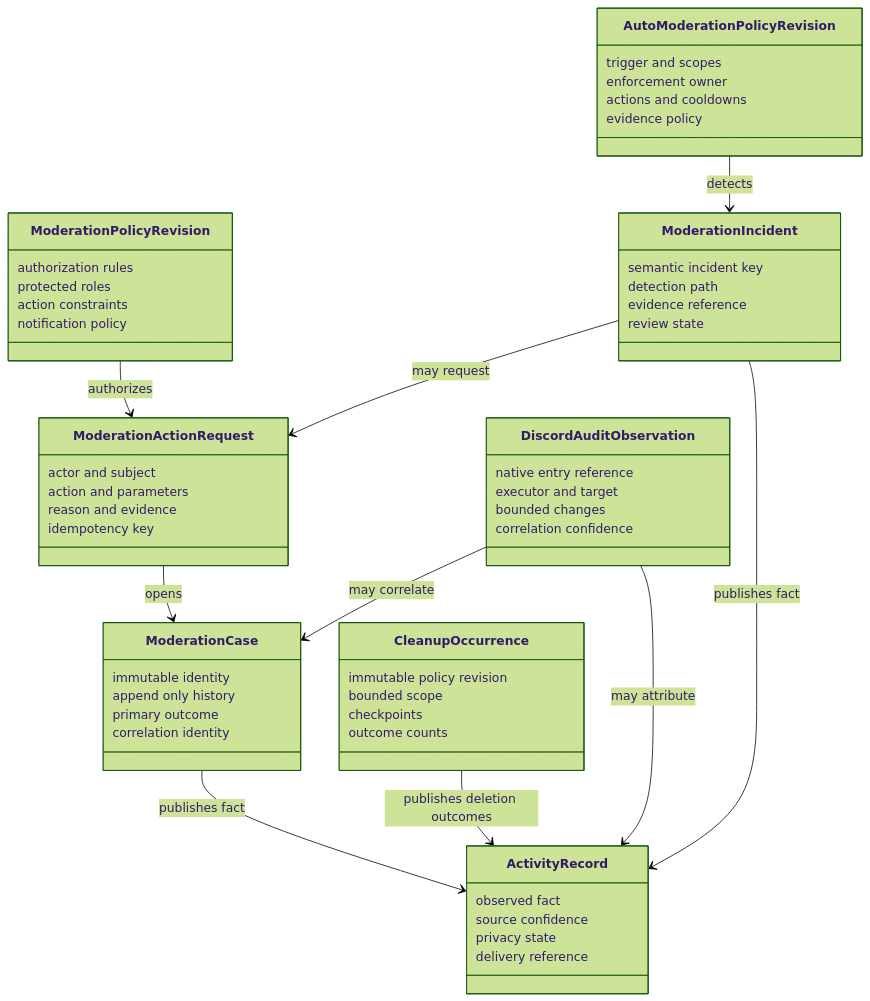
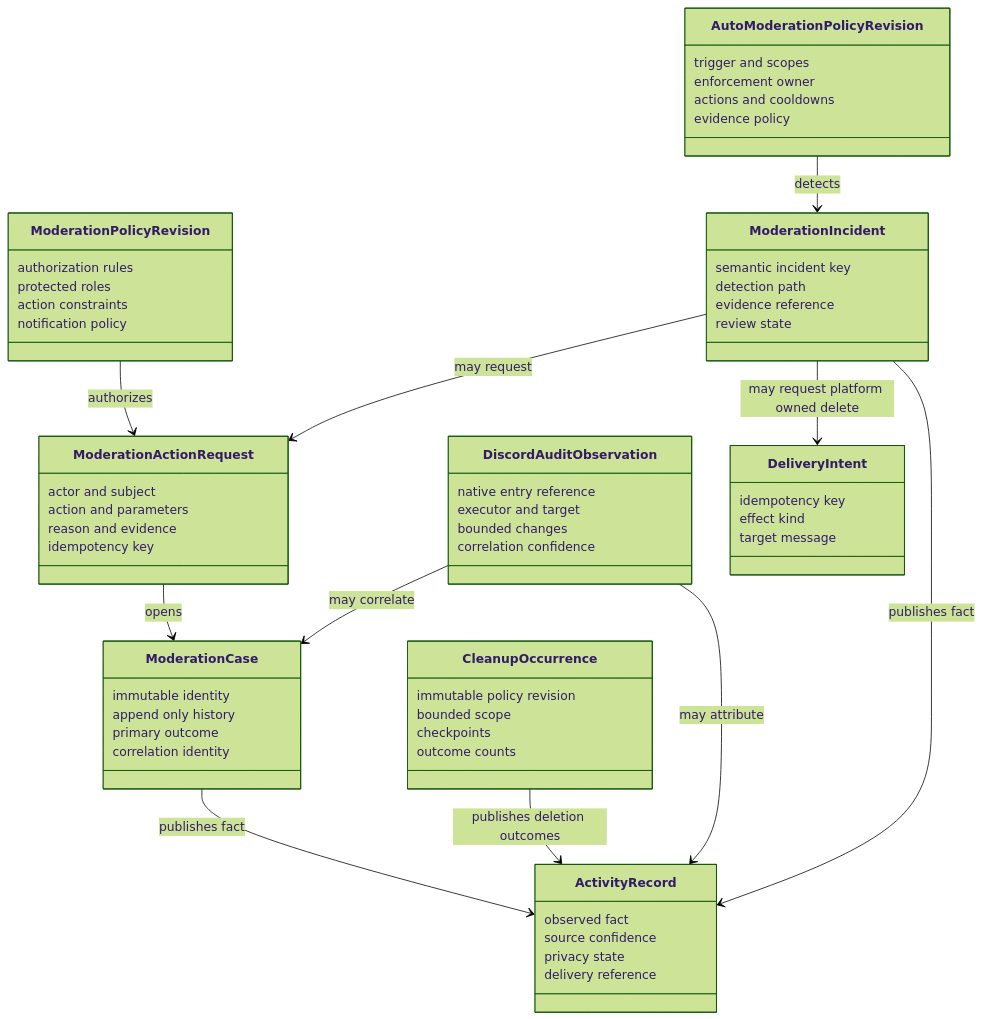
One commit to obsidia-systems/Discord-Bot-Open-Source changed the second of 10 diagrams in docs/architecture/06-domain-relationships.md. Above: the diagram before and after it, drawn with Mermaid (forest theme). The commit also changed other lines of this file and 27 other files, not shown here.

First line of the commit message:
feat(architecture): add comprehensive architecture review documentation

````diff
--- a/docs/architecture/06-domain-relationships.md
+++ b/docs/architecture/06-domain-relationships.md
@@ -70,68 +70,75 @@
 ```mermaid
 classDiagram
     class ModerationPolicyRevision {
         authorization rules
         protected roles
         action constraints
         notification policy
     }
 
     class ModerationActionRequest {
         actor and subject
         action and parameters
         reason and evidence
         idempotency key
     }
 
     class ModerationCase {
         immutable identity
         append only history
         primary outcome
         correlation identity
     }
 
     class AutoModerationPolicyRevision {
         trigger and scopes
         enforcement owner
         actions and cooldowns
         evidence policy
     }
 
     class ModerationIncident {
         semantic incident key
         detection path
         evidence reference
         review state
     }
 
     class ActivityRecord {
         observed fact
         source confidence
         privacy state
         delivery reference
     }
 
     class DiscordAuditObservation {
         native entry reference
         executor and target
         bounded changes
         correlation confidence
     }
 
     class CleanupOccurrence {
         immutable policy revision
         bounded scope
         checkpoints
         outcome counts
     }
 
+    class DeliveryIntent {
+        idempotency key
+        effect kind
+        target message
+    }
+
     ModerationPolicyRevision --> ModerationActionRequest : authorizes
     ModerationActionRequest --> ModerationCase : opens
     AutoModerationPolicyRevision --> ModerationIncident : detects
     ModerationIncident --> ModerationActionRequest : may request
+    ModerationIncident --> DeliveryIntent : may request platform owned delete
     ModerationCase --> ActivityRecord : publishes fact
     ModerationIncident --> ActivityRecord : publishes fact
     CleanupOccurrence --> ActivityRecord : publishes deletion outcomes
     DiscordAuditObservation --> ModerationCase : may correlate
     DiscordAuditObservation --> ActivityRecord : may attribute
 ```
````
